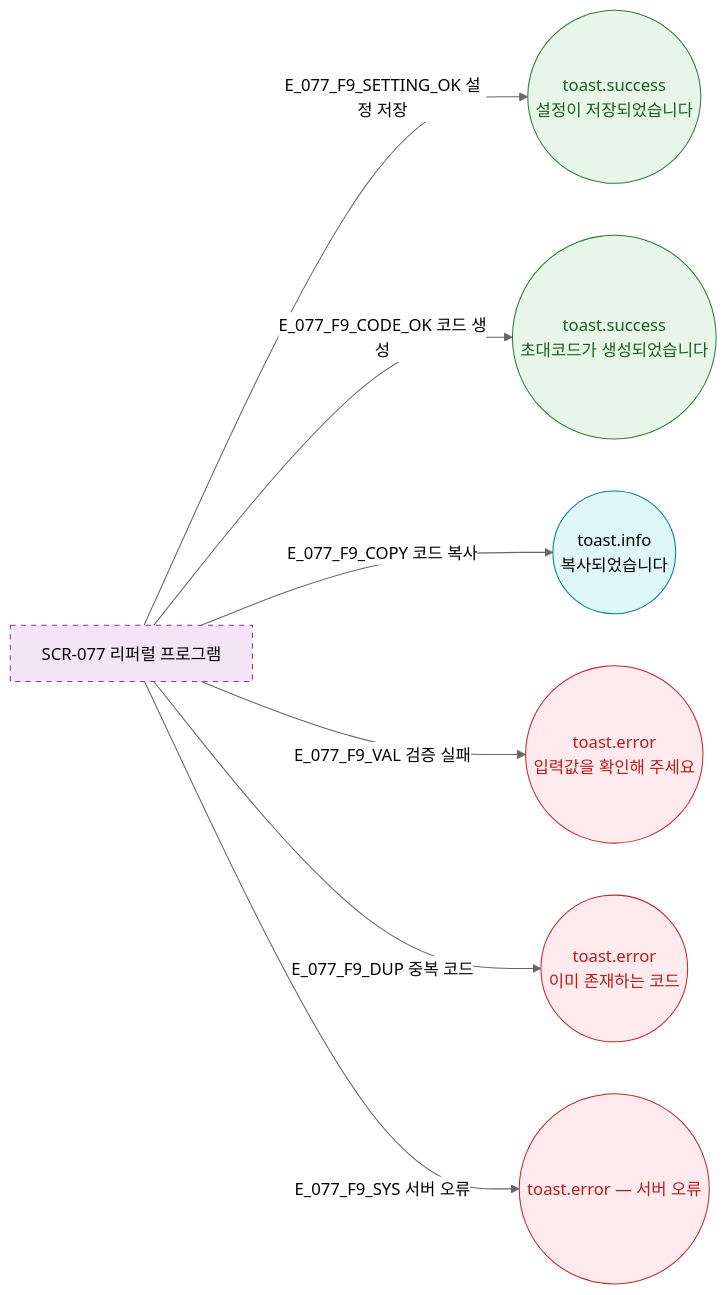
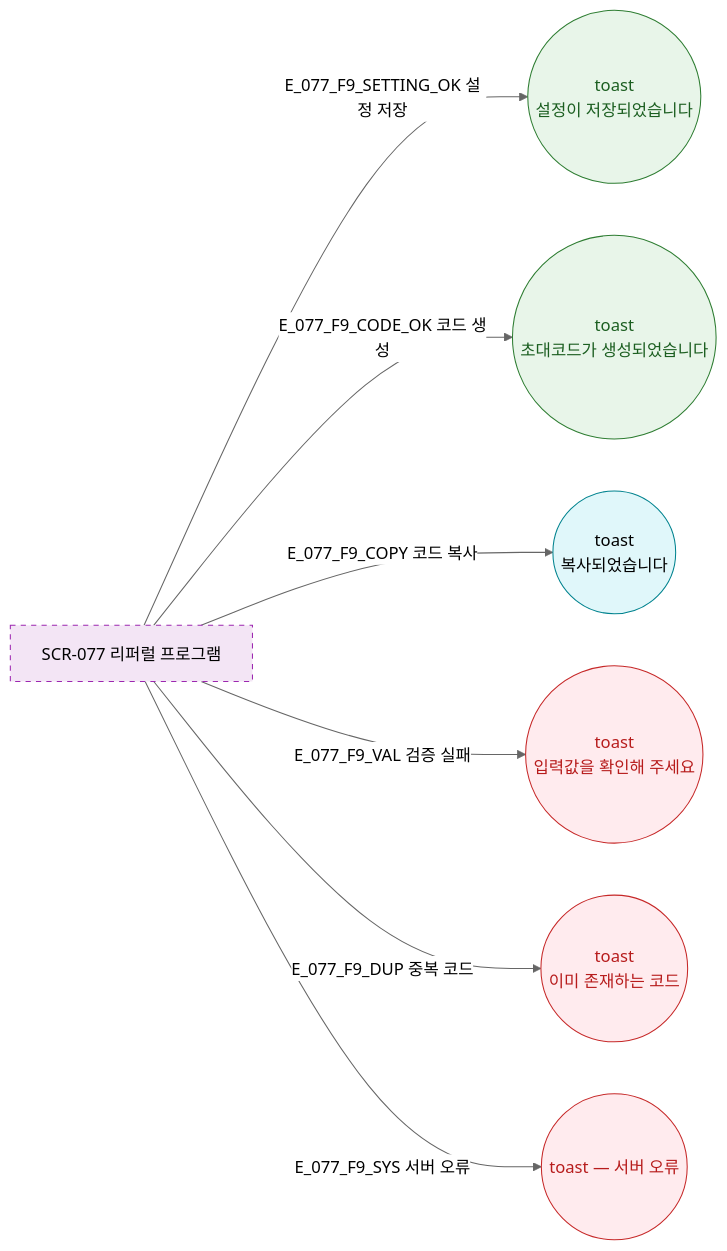
One commit to dev-spogym/admin-pando changed the diagram in docs/다이어그램/D08_마케팅/SCR-077_리퍼럴프로그램/F9_토스트피드백.md. Above: the diagram before and after it, drawn with Mermaid (neutral theme). The commit also changed other lines of this file and 1660 other files, not shown here.

First line of the commit message:
다이어그램: 기획자/클라이언트 납품본으로 정리

````diff
--- a/docs/다이어그램/D08_마케팅/SCR-077_리퍼럴프로그램/F9_토스트피드백.md
+++ b/docs/다이어그램/D08_마케팅/SCR-077_리퍼럴프로그램/F9_토스트피드백.md
@@ -14,21 +12,21 @@
 ```mermaid
 flowchart LR
   SCR_077[SCR-077 리퍼럴 프로그램]
 
-  SCR_077 -->|E_077_F9_SETTING_OK 설정 저장| T1((toast.success\n설정이 저장되었습니다))
-  SCR_077 -->|E_077_F9_CODE_OK 코드 생성| T2((toast.success\n초대코드가 생성되었습니다))
-  SCR_077 -->|E_077_F9_COPY 코드 복사| T3((toast.info\n복사되었습니다))
-  SCR_077 -->|E_077_F9_VAL 검증 실패| T4((toast.error\n입력값을 확인해 주세요))
-  SCR_077 -->|E_077_F9_DUP 중복 코드| T5((toast.error\n이미 존재하는 코드))
-  SCR_077 -->|E_077_F9_SYS 서버 오류| T6((toast.error — 서버 오류))
+  SCR_077 -->|E_077_F9_SETTING_OK 설정 저장|T1((toast\n설정이 저장되었습니다))
+  SCR_077 -->|E_077_F9_CODE_OK 코드 생성|T2((toast\n초대코드가 생성되었습니다))
+  SCR_077 -->|E_077_F9_COPY 코드 복사|T3((toast\n복사되었습니다))
+  SCR_077 -->|E_077_F9_VAL 검증 실패|T4((toast\n입력값을 확인해 주세요))
+  SCR_077 -->|E_077_F9_DUP 중복 코드|T5((toast\n이미 존재하는 코드))
+  SCR_077 -->|E_077_F9_SYS 서버 오류|T6((toast — 서버 오류))
 
   classDef newFeature fill:#F3E5F5,stroke:#9C27B0,stroke-dasharray:5 5
-  classDef success    fill:#E8F5E9,stroke:#2E7D32,color:#1B5E20
-  classDef info       fill:#E0F7FA,stroke:#00838F
-  classDef error      fill:#FFEBEE,stroke:#C62828,color:#B71C1C
+  classDef success fill:#E8F5E9,stroke:#2E7D32,color:#1B5E20
+  classDef info fill:#E0F7FA,stroke:#00838F
+  classDef error fill:#FFEBEE,stroke:#C62828,color:#B71C1C
 
   class SCR_077 newFeature
   class T1,T2 success
   class T3 info
   class T4,T5,T6 error
 ```
````
